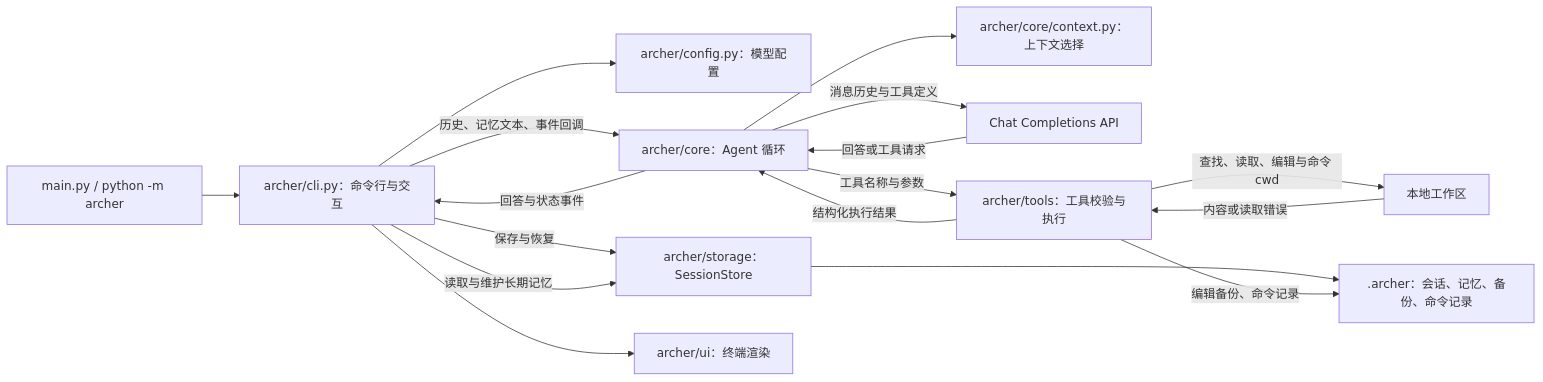
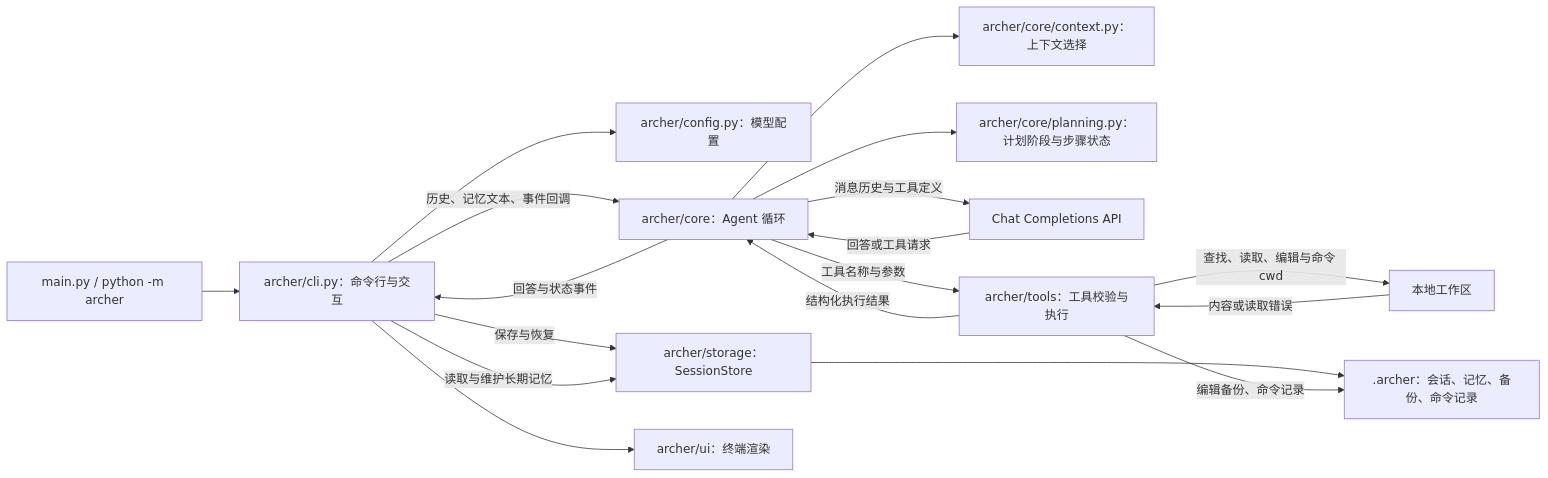
Before and after one commit to a-xiaoyuan/RecapCLI: the diagram in README.md, drawn with Mermaid. The commit also changed other lines of this file and 7 other files, not shown here.

````diff
--- a/README.md
+++ b/README.md
@@ -24,19 +25,20 @@
 ```mermaid
 flowchart LR
     Entry["main.py / python -m archer"] --> CLI["archer/cli.py：命令行与交互"]
     CLI --> Config["archer/config.py：模型配置"]
     CLI -->|"历史、记忆文本、事件回调"| Agent["archer/core：Agent 循环"]
     Agent --> Context["archer/core/context.py：上下文选择"]
+    Agent --> Planning["archer/core/planning.py：计划阶段与步骤状态"]
     Agent -->|"消息历史与工具定义"| Model["Chat Completions API"]
     Model -->|"回答或工具请求"| Agent
     Agent -->|"工具名称与参数"| Tool["archer/tools：工具校验与执行"]
     Tool -->|"查找、读取、编辑与命令 cwd"| Workspace["本地工作区"]
     Workspace -->|"内容或读取错误"| Tool
     Tool -->|"结构化执行结果"| Agent
     CLI -->|"保存与恢复"| Session["archer/storage：SessionStore"]
     CLI -->|"读取与维护长期记忆"| Session
     Session --> Data[".archer：会话、记忆、备份、命令记录"]
     Tool -->|"编辑备份、命令记录"| Data
     Agent -->|"回答与状态事件"| CLI
     CLI --> Output["archer/ui：终端渲染"]
 ```
````
